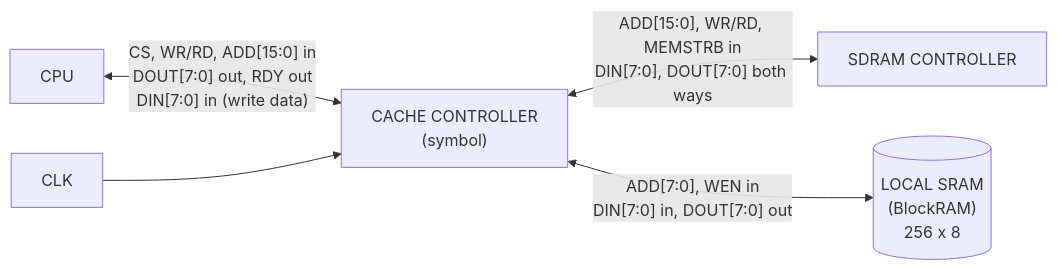
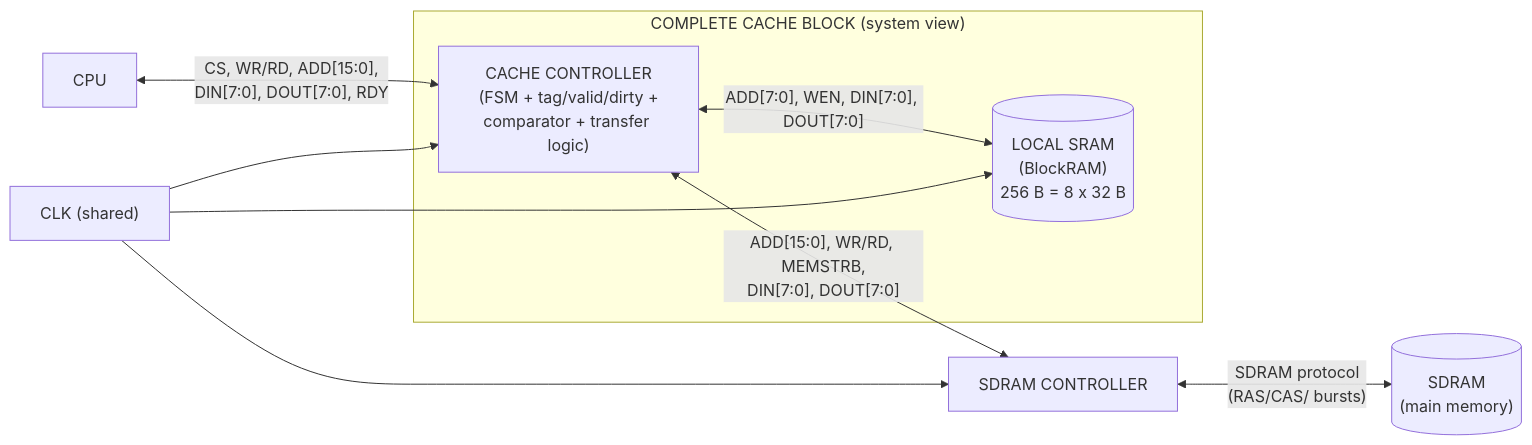
One commit to BudhvinHewage/COE-758-CACHE-CONTROLLER changed the diagram in docs/lab1-diagrams/01-cache-controller-symbol.md. Above: the diagram before and after it, drawn with Mermaid. The commit also changed other lines of this file and 8 other files, not shown here.

Commit message:
added and revised the diagrams for lab 1, including the cache controller symbol and the internal block diagram. Also added two new images to the docs/lab1-diagrams directory.

````diff
--- a/docs/lab1-diagrams/01-cache-controller-symbol.md
+++ b/docs/lab1-diagrams/01-cache-controller-symbol.md
@@ -20,7 +35,15 @@
 ```mermaid
 flowchart LR
-    CPU["CPU"] <-->|"CS, WR/RD, ADD[15:0] in<br/>DOUT[7:0] out, RDY out<br/>DIN[7:0] in (write data)"| CC["CACHE CONTROLLER<br/>(symbol)"]
-    CC <-->|"ADD[15:0], WR/RD, MEMSTRB in<br/>DIN[7:0], DOUT[7:0] both ways"| SC["SDRAM CONTROLLER"]
-    CC <-->|"ADD[7:0], WEN in<br/>DIN[7:0] in, DOUT[7:0] out"| SRAM[("LOCAL SRAM<br/>(BlockRAM)<br/>256 x 8")]
-    CLK["CLK"] --> CC
+    subgraph CACHE["COMPLETE CACHE BLOCK (system view)"]
+        CC["CACHE CONTROLLER<br/>(FSM + tag/valid/dirty +<br/>comparator + transfer logic)"]
+        SRAM[("LOCAL SRAM<br/>(BlockRAM)<br/>256 B = 8 x 32 B")]
+    end
+
+    CPU["CPU"] <-->|"CS, WR/RD, ADD[15:0],<br/>DIN[7:0], DOUT[7:0], RDY"| CC
+    CC <-->|"ADD[7:0], WEN, DIN[7:0], DOUT[7:0]"| SRAM
+    CC <-->|"ADD[15:0], WR/RD, MEMSTRB,<br/>DIN[7:0], DOUT[7:0]"| SC["SDRAM CONTROLLER"]
+    SC <-->|"SDRAM protocol<br/>(RAS/CAS/ bursts)"| DRAM[("SDRAM<br/>(main memory)")]
+    CLK["CLK (shared)"] --> CC
+    CLK --> SRAM
+    CLK --> SC
 ```
````
